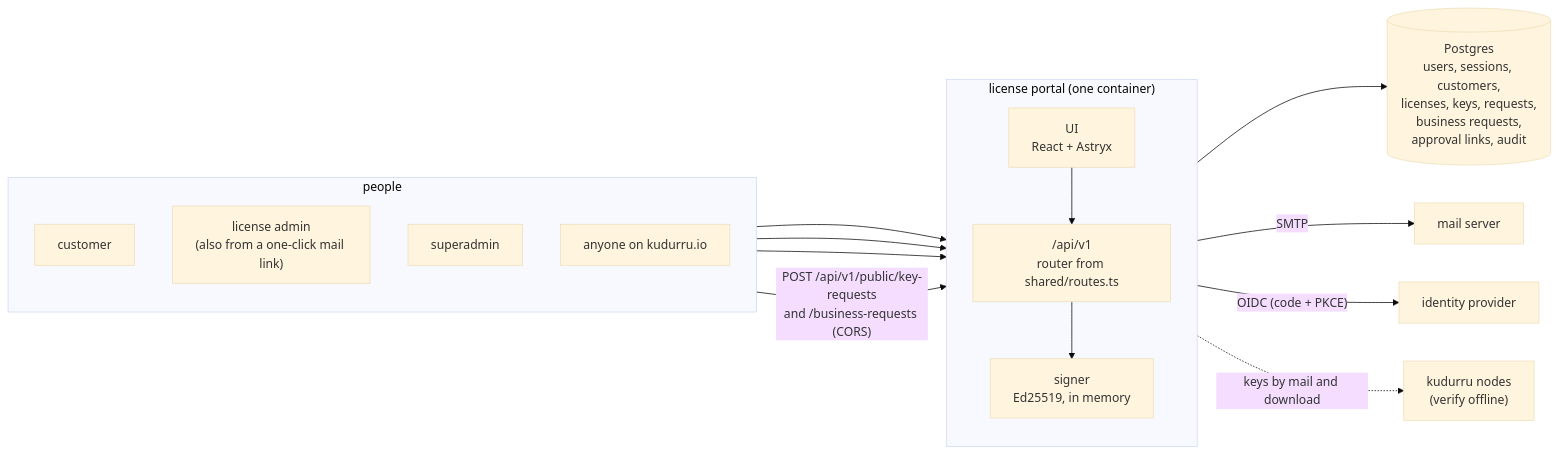
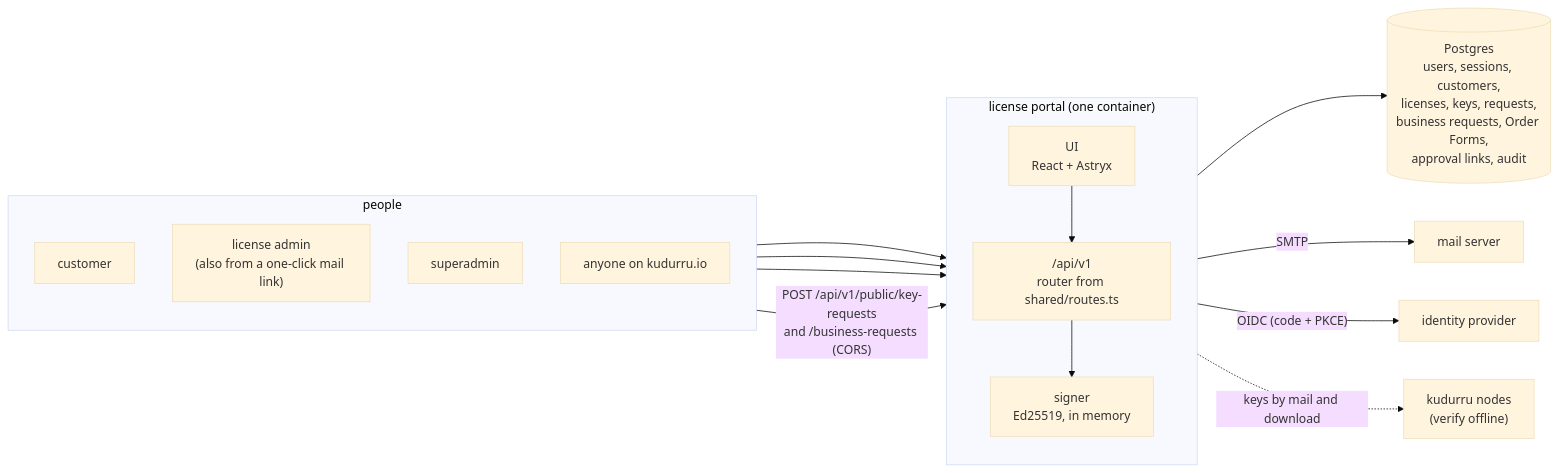
Before and after one commit to robertherbaugh/kudurru: the first of 10 diagrams in license-server/docs/architecture.md, drawn with Mermaid (base theme). The commit also changed other lines of this file and 50 other files, not shown here.

````diff
--- a/license-server/docs/architecture.md
+++ b/license-server/docs/architecture.md
@@ -14,26 +14,26 @@
 ```mermaid
 flowchart LR
     subgraph people["people"]
         direction TB
         C["customer"]
         A["license admin<br/>(also from a one-click mail link)"]
         S["superadmin"]
         F["anyone on kudurru.io"]
     end
     subgraph portal["license portal (one container)"]
         direction TB
         UI["UI<br/>React + Astryx"]
         API["/api/v1<br/>router from shared/routes.ts"]
         SIGN["signer<br/>Ed25519, in memory"]
         UI --> API
         API --> SIGN
     end
     C --> UI
     A --> UI
     S --> UI
     F -->|"POST /api/v1/public/key-requests<br/>and /business-requests (CORS)"| API
-    API --> PG[("Postgres<br/>users, sessions, customers,<br/>licenses, keys, requests,<br/>business requests,<br/>approval links, audit")]
+    API --> PG[("Postgres<br/>users, sessions, customers,<br/>licenses, keys, requests,<br/>business requests, Order Forms,<br/>approval links, audit")]
     API -->|"SMTP"| MAIL["mail server"]
     API -->|"OIDC (code + PKCE)"| IDP["identity provider"]
     SIGN -. "keys by mail and download" .-> N["kudurru nodes<br/>(verify offline)"]
 ```
````
